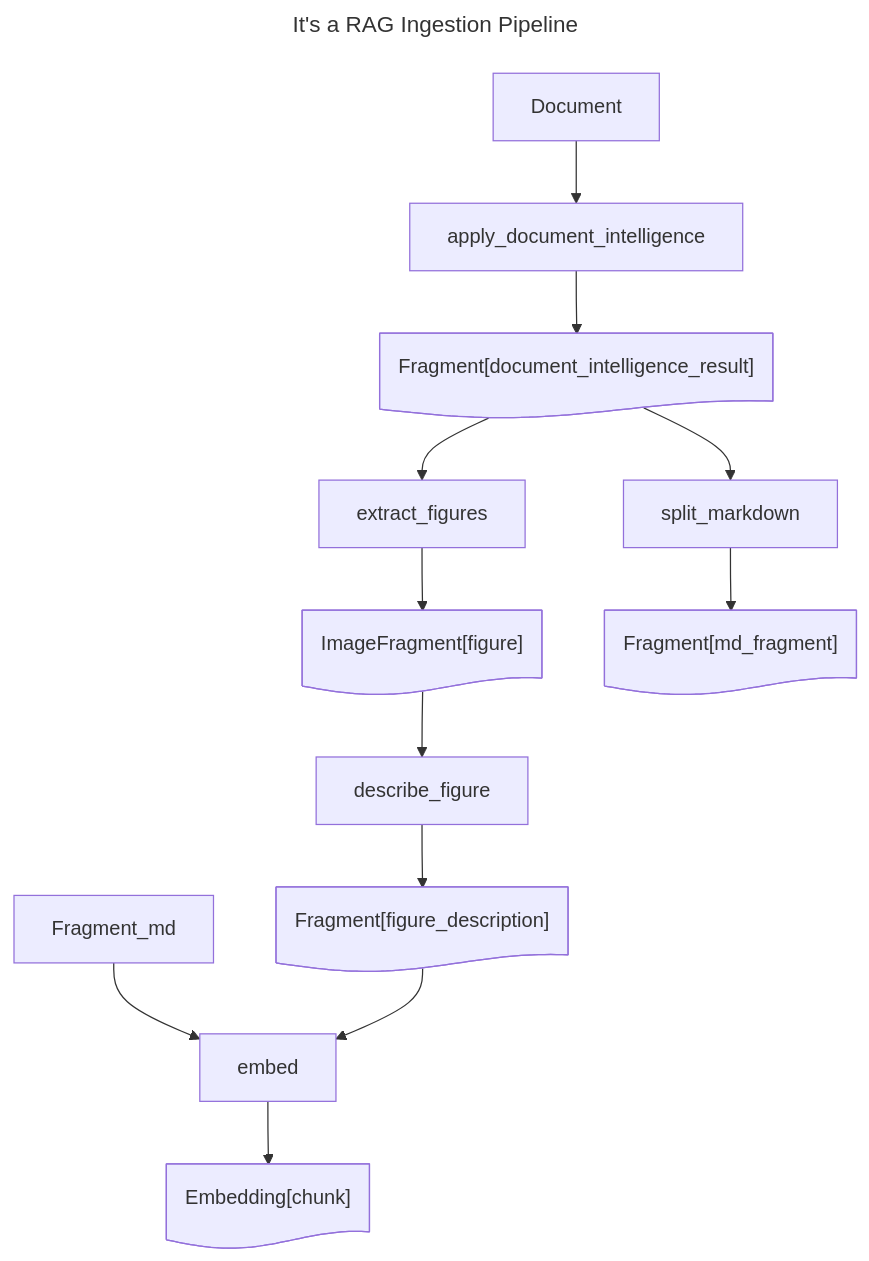
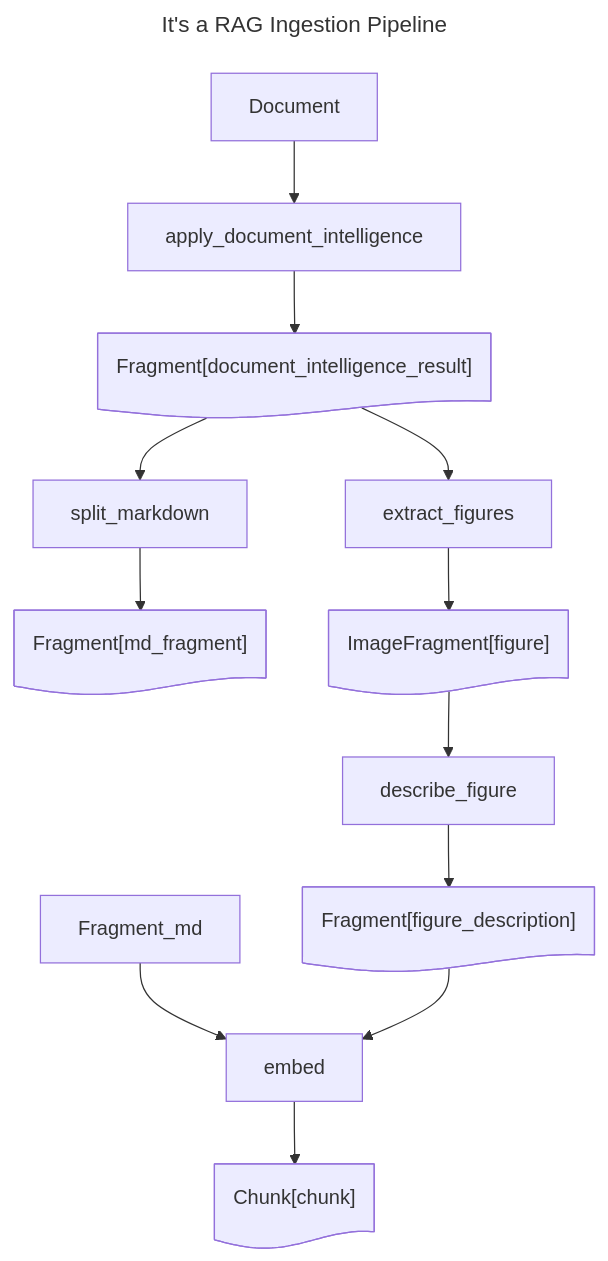
One commit to Azure-Samples/az-ai-catalyst changed the diagram in examples/its_a_rag.md. Above: the diagram before and after it, drawn with Mermaid. The commit also changed 4 other files, not shown here.

Commit message:
Refactored "Embedding" into "Chunk"

````diff
--- a/examples/its_a_rag.md
+++ b/examples/its_a_rag.md
@@ -1,28 +1,28 @@
 ```mermaid
 ---
 title: It's a RAG Ingestion Pipeline
 ---
 flowchart TD
-    Fragment_figure_description@{ shape: doc, label: "Fragment[figure_description]" }
-    Embedding_chunk@{ shape: doc, label: "Embedding[chunk]" }
+    Chunk_chunk@{ shape: doc, label: "Chunk[chunk]" }
+    Fragment_md_fragment@{ shape: doc, label: "Fragment[md_fragment]" }
     ImageFragment_figure@{ shape: doc, label: "ImageFragment[figure]" }
     Fragment_document_intelligence_result@{ shape: doc, label: "Fragment[document_intelligence_result]" }
-    Fragment_md_fragment@{ shape: doc, label: "Fragment[md_fragment]" }
+    Fragment_figure_description@{ shape: doc, label: "Fragment[figure_description]" }
     apply_document_intelligence@{ shape: rect, label: "apply_document_intelligence" }
     apply_document_intelligence --> Fragment_document_intelligence_result
     Document --> apply_document_intelligence
     extract_figures@{ shape: rect, label: "extract_figures" }
     extract_figures --> ImageFragment_figure
     Fragment_document_intelligence_result --> extract_figures
     describe_figure@{ shape: rect, label: "describe_figure" }
     describe_figure --> Fragment_figure_description
     ImageFragment_figure --> describe_figure
     split_markdown@{ shape: rect, label: "split_markdown" }
     split_markdown --> Fragment_md_fragment
     Fragment_document_intelligence_result --> split_markdown
     embed@{ shape: rect, label: "embed" }
-    embed --> Embedding_chunk
+    embed --> Chunk_chunk
     Fragment_md --> embed
     Fragment_figure_description --> embed
 
 ```
````
